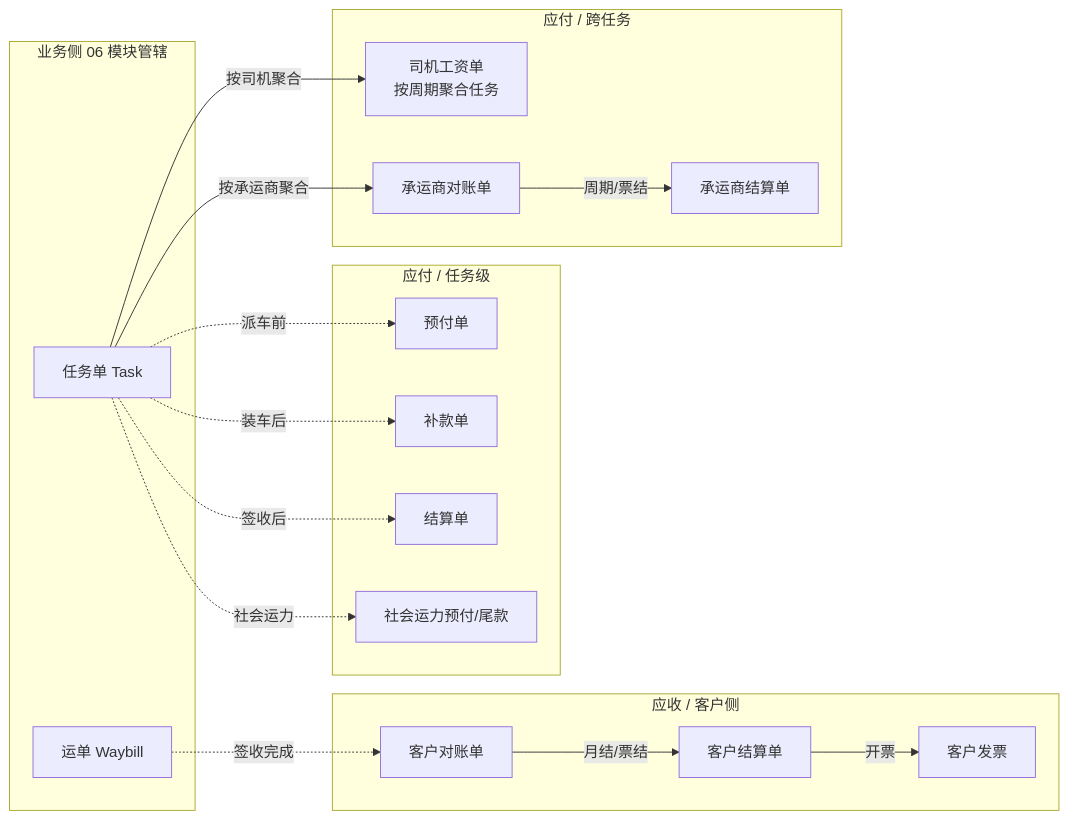
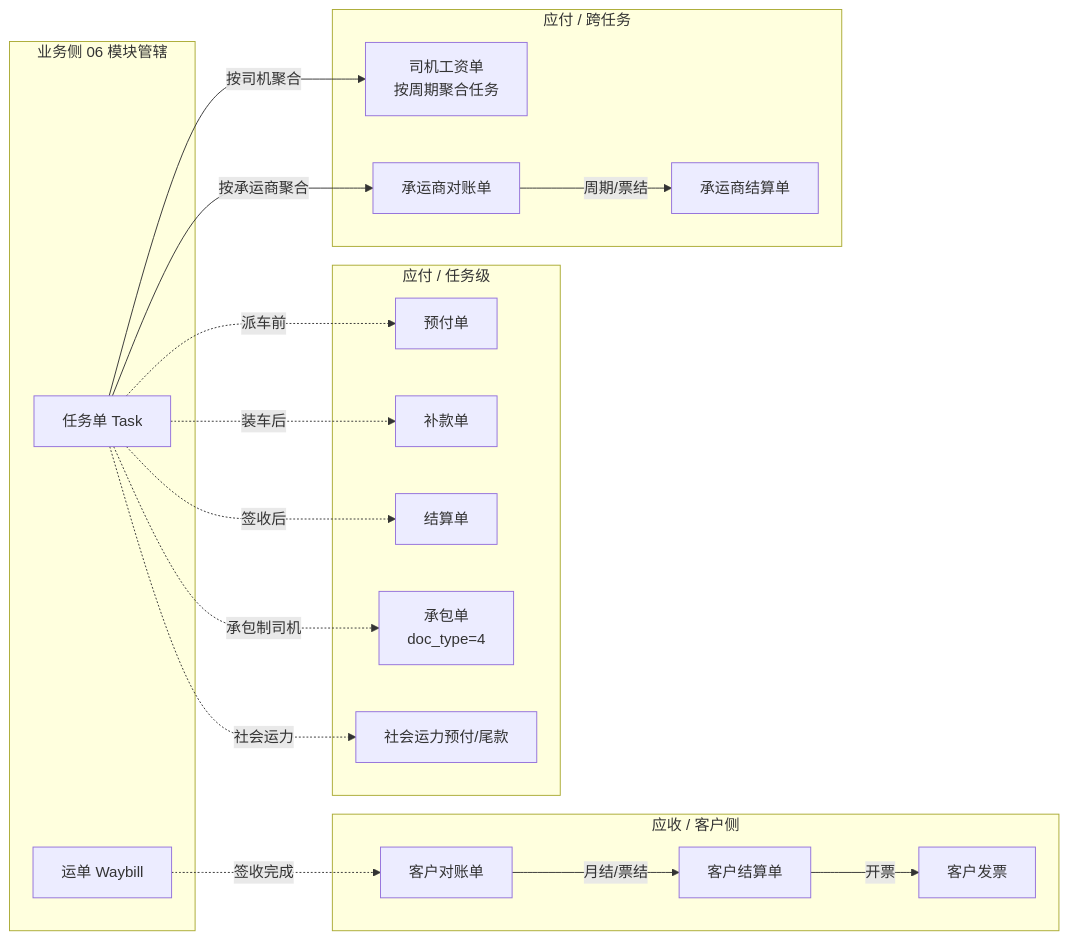
One commit to lei-happy/duoling changed the diagram in 项目文档/02.需求文档/02.企业端/07.财务结算模块/00.模块总览.md. Above: the diagram before and after it, drawn with Mermaid. The commit also changed other lines of this file and 5 other files, not shown here.

````diff
--- a/项目文档/02.需求文档/02.企业端/07.财务结算模块/00.模块总览.md
+++ b/项目文档/02.需求文档/02.企业端/07.财务结算模块/00.模块总览.md
@@ -62,39 +65,41 @@
 ```mermaid
 flowchart LR
     subgraph biz [业务侧 06 模块管辖]
         Wb["运单 Waybill"]
         Task["任务单 Task"]
     end
 
     subgraph fin_recv [应收 / 客户侧]
         CustRec["客户对账单"]
         CustSet["客户结算单"]
         CustInv["客户发票"]
     end
 
     subgraph fin_pay_task [应付 / 任务级]
         Prepay["预付单"]
         Supplement["补款单"]
         Settle["结算单"]
+        Contract["承包单<br/>doc_type=4"]
         SocialPrepay["社会运力预付/尾款"]
     end
 
     subgraph fin_pay_long [应付 / 跨任务]
         DriverPay["司机工资单<br/>按周期聚合任务"]
         CarRec["承运商对账单"]
         CarSet["承运商结算单"]
     end
 
     Wb -.签收完成.-> CustRec
     CustRec -- 月结/票结 --> CustSet
     CustSet -- 开票 --> CustInv
 
     Task -.派车前.-> Prepay
     Task -.装车后.-> Supplement
     Task -.签收后.-> Settle
+    Task -.承包制司机.-> Contract
     Task -.社会运力.-> SocialPrepay
 
     Task -- 按司机聚合 --> DriverPay
     Task -- 按承运商聚合 --> CarRec
     CarRec -- 周期/票结 --> CarSet
 ```
````
